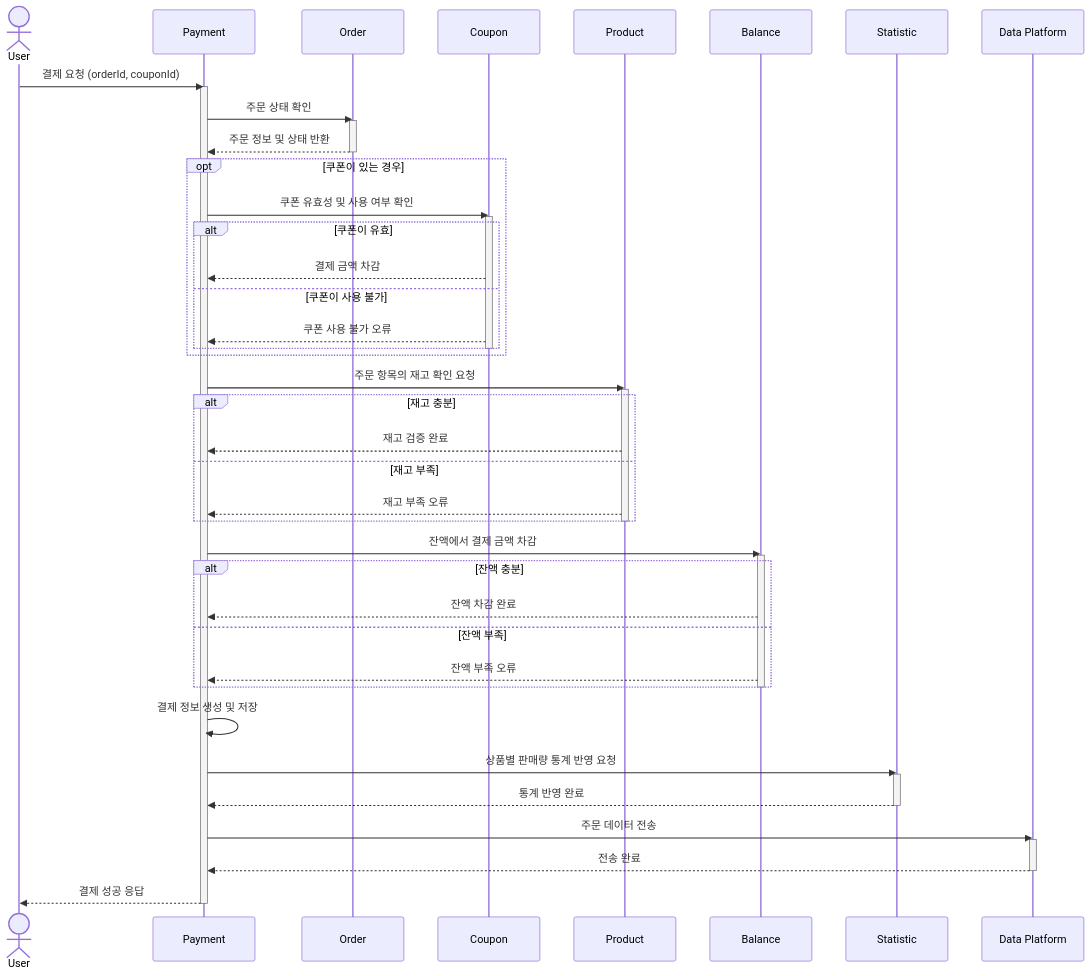
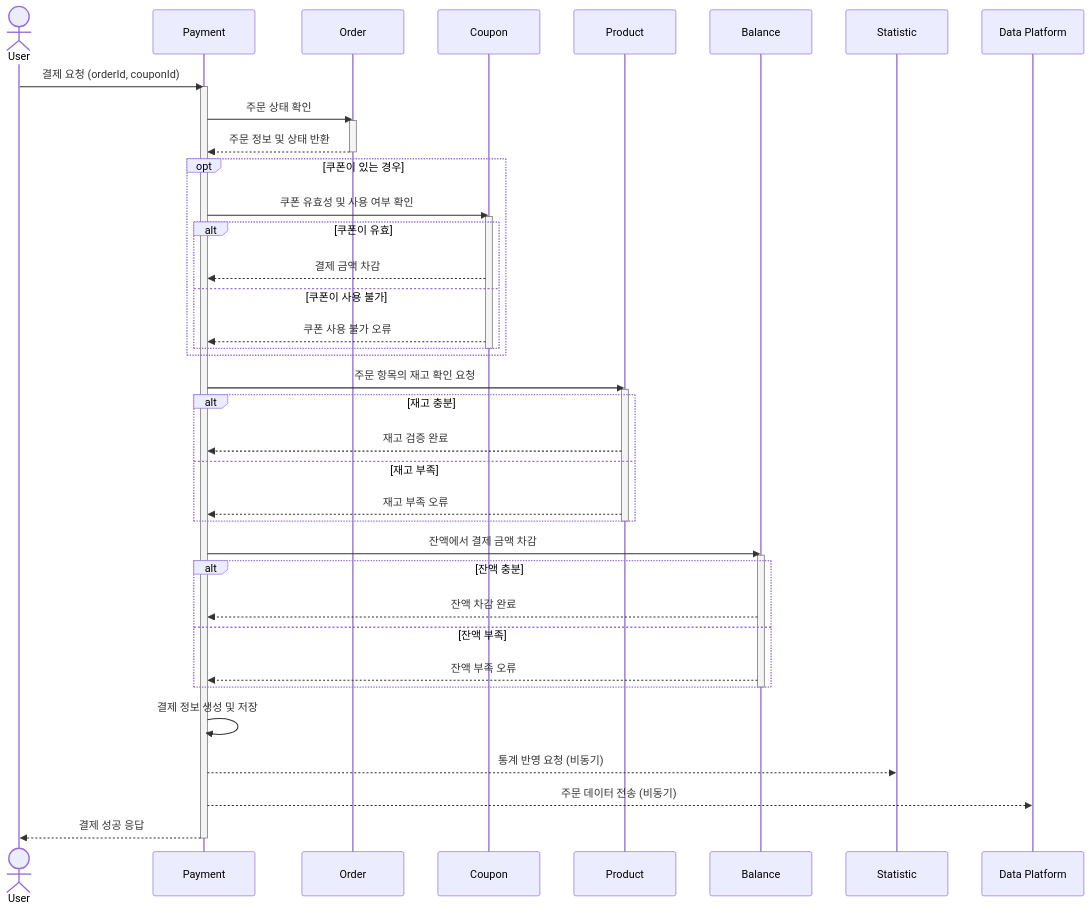
One commit to nmin11/hhplus-e-commerce changed the seventh of 10 diagrams in README.md. Above: the diagram before and after it, drawn with Mermaid.

Commit message:
docs: 결제 시퀀스 다이어그램 수정
- 통계 반영 및 데이터 플랫폼 전송 요청을 비동기 요청으로 변경

````diff
--- a/README.md
+++ b/README.md
@@ -145,67 +145,60 @@
 ```mermaid
 sequenceDiagram
   actor User
   participant Payment
   participant Order
   participant Coupon
   participant Product
   participant Balance
   participant Statistic
   participant Data Platform
 
   User->>Payment: 결제 요청 (orderId, couponId)
   activate Payment
 
   Payment->>Order: 주문 상태 확인
   activate Order
   Order-->>Payment: 주문 정보 및 상태 반환
   deactivate Order
 
   opt 쿠폰이 있는 경우
     Payment->>Coupon: 쿠폰 유효성 및 사용 여부 확인
     activate Coupon
 
     alt 쿠폰이 유효
       Coupon-->>Payment: 결제 금액 차감
     else 쿠폰이 사용 불가
       Coupon-->>Payment: 쿠폰 사용 불가 오류
     end
 
     deactivate Coupon
   end
 
   Payment->>Product: 주문 항목의 재고 확인 요청
   activate Product
 
   alt 재고 충분
     Product-->>Payment: 재고 검증 완료
   else 재고 부족
     Product-->>Payment: 재고 부족 오류
   end
   deactivate Product
 
   Payment->>Balance: 잔액에서 결제 금액 차감
   activate Balance
 
   alt 잔액 충분
     Balance-->>Payment: 잔액 차감 완료
   else 잔액 부족
     Balance-->>Payment: 잔액 부족 오류
   end
   deactivate Balance
 
   Payment->>Payment: 결제 정보 생성 및 저장
 
-  Payment->>Statistic: 상품별 판매량 통계 반영 요청
-  activate Statistic
-  Statistic-->>Payment: 통계 반영 완료
-  deactivate Statistic
-
-  Payment->>Data Platform: 주문 데이터 전송
-  activate Data Platform
-  Data Platform-->>Payment: 전송 완료
-  deactivate Data Platform
+  Payment-->>Statistic: 통계 반영 요청 (비동기)
+  Payment-->>Data Platform: 주문 데이터 전송 (비동기)
 
   Payment-->>User: 결제 성공 응답
   deactivate Payment
 ```
````
